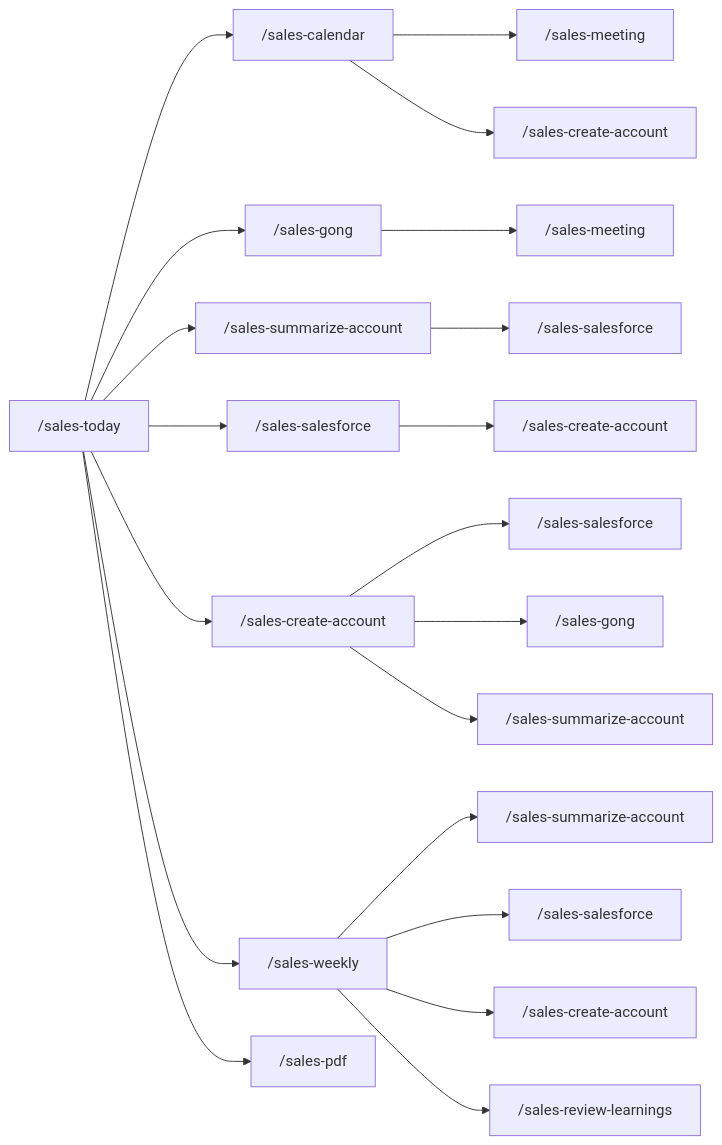
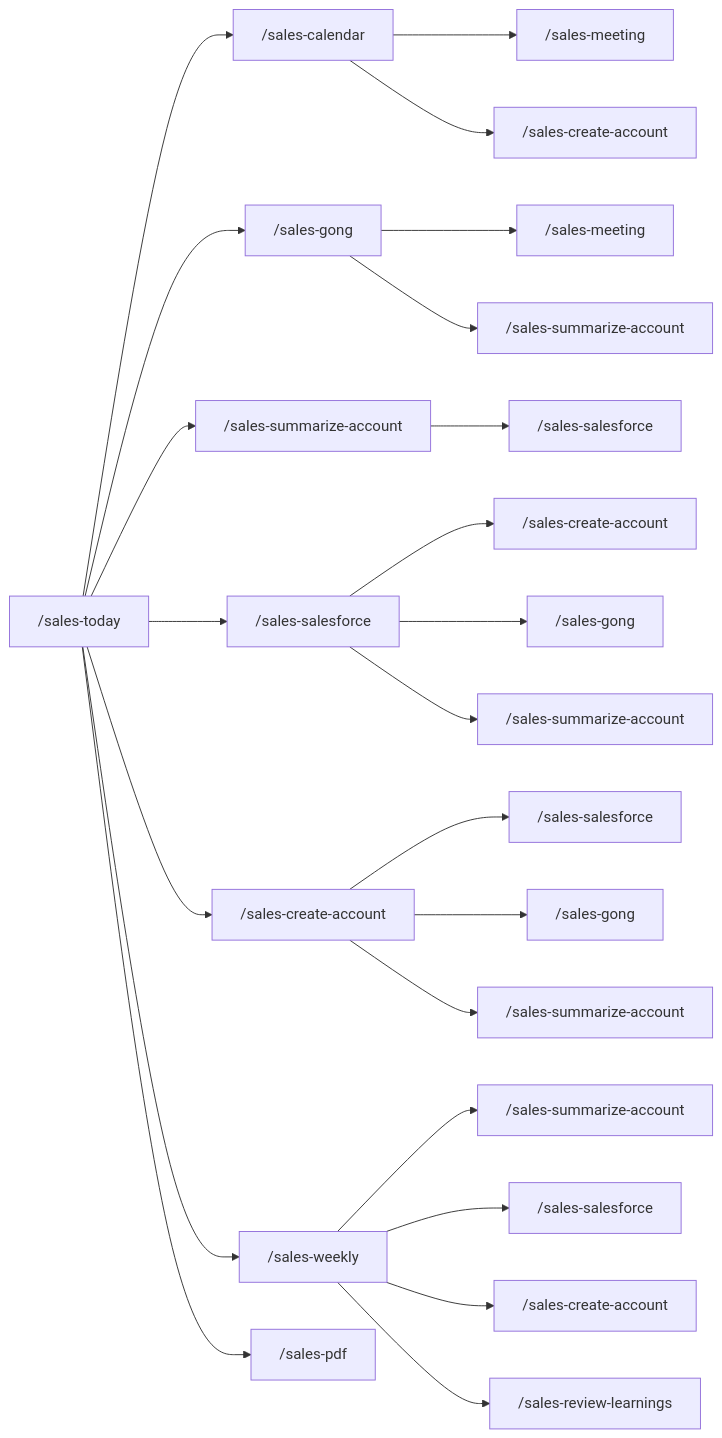
Before and after one commit to yeutterg/claude-code-sales-skills: the diagram in README.md, drawn with Mermaid. The commit also changed other lines of this file and 5 other files, not shown here.

First line of the commit message:
sync: sales-pdf add evals and fix preprocessing step order; sales-gong close browser after imports

````diff
--- a/README.md
+++ b/README.md
@@ -218,23 +218,26 @@
 ```mermaid
 graph LR
     today["/sales-today"] --> calendar["/sales-calendar"]
     today --> gong1["/sales-gong"]
     today --> summarize1["/sales-summarize-account"]
     today --> salesforce1["/sales-salesforce"]
     today --> create1["/sales-create-account"]
     today --> weekly["/sales-weekly"]
     today --> pdf["/sales-pdf"]
 
     calendar --> meeting1["/sales-meeting"]
     calendar --> create2["/sales-create-account"]
     gong1 --> meeting2["/sales-meeting"]
-    weekly --> summarize2["/sales-summarize-account"]
+    gong1 --> summarize2["/sales-summarize-account"]
+    weekly --> summarize3["/sales-summarize-account"]
     weekly --> salesforce2["/sales-salesforce"]
     weekly --> create3["/sales-create-account"]
     weekly --> review["/sales-review-learnings"]
     create1 --> salesforce3["/sales-salesforce"]
     create1 --> gong2["/sales-gong"]
-    create1 --> summarize3["/sales-summarize-account"]
+    create1 --> summarize4["/sales-summarize-account"]
     summarize1 --> salesforce4["/sales-salesforce"]
     salesforce1 --> create4["/sales-create-account"]
+    salesforce1 --> gong3["/sales-gong"]
+    salesforce1 --> summarize5["/sales-summarize-account"]
 ```
````
